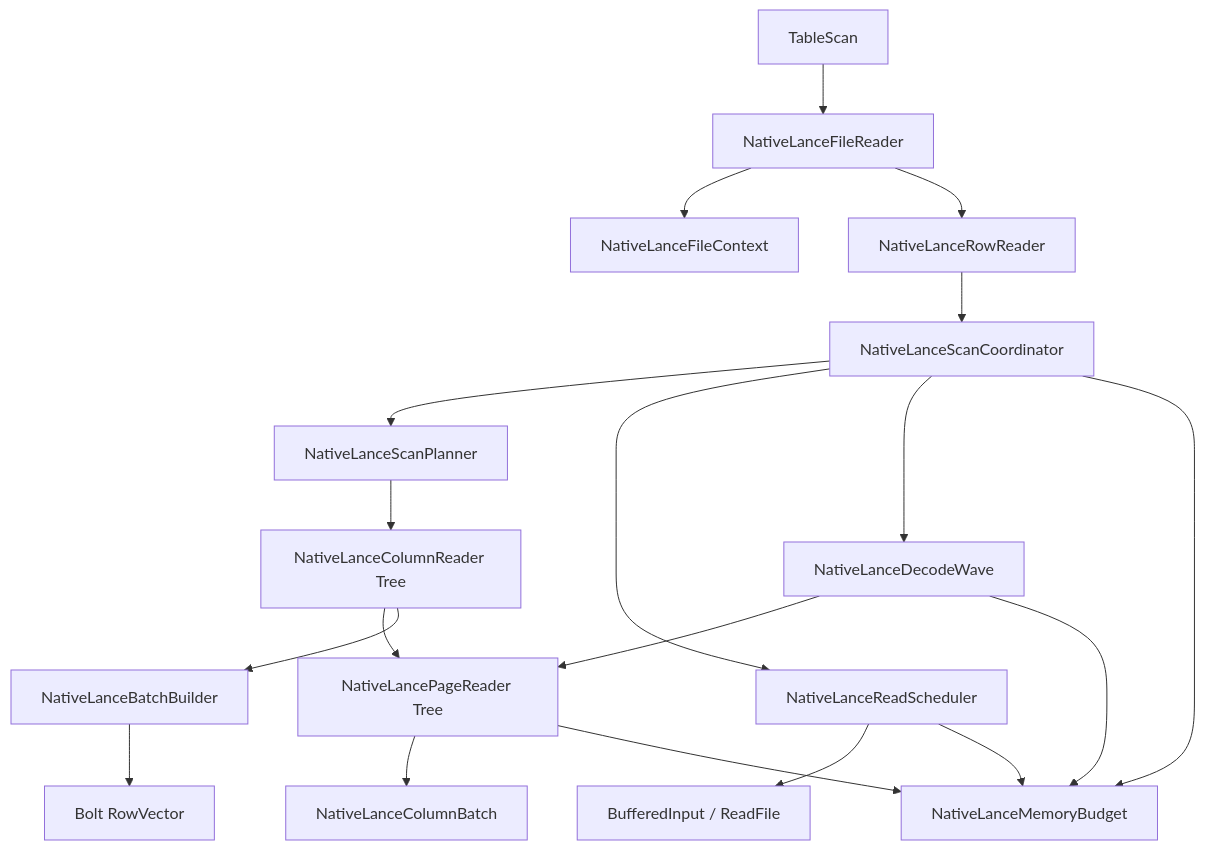
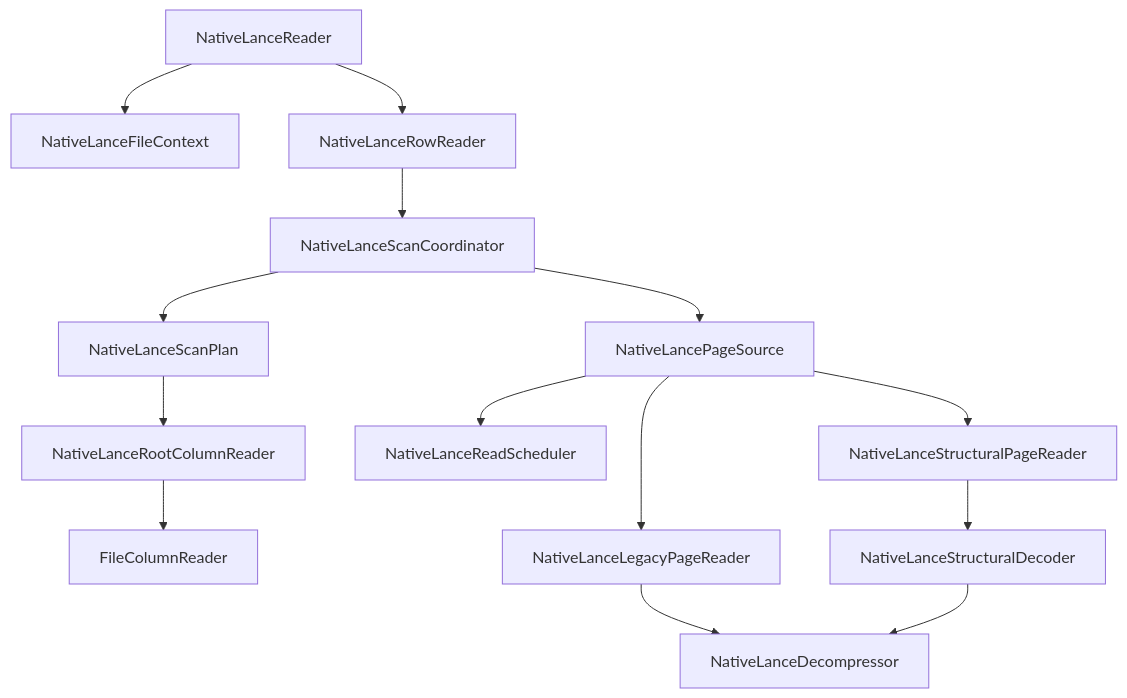
One commit to bytedance/bolt changed the first of 5 diagrams in bolt/dwio/lance/STATE_MACHINE_DESIGN.md. Above: the diagram before and after it, drawn with Mermaid. The commit also changed other lines of this file and 36 other files, not shown here.

First line of the commit message:
refactor(lance): unify reader state ownership

````diff
--- a/bolt/dwio/lance/STATE_MACHINE_DESIGN.md
+++ b/bolt/dwio/lance/STATE_MACHINE_DESIGN.md
@@ -130,21 +16,16 @@
 ```mermaid
-flowchart TD
-    TS[TableScan] --> FR[NativeLanceFileReader]
-    FR --> FC[NativeLanceFileContext]
-    FR --> RR[NativeLanceRowReader]
-    RR --> SC[NativeLanceScanCoordinator]
-    SC --> SP[NativeLanceScanPlanner]
-    SP --> CT[NativeLanceColumnReader Tree]
-    CT --> PR[NativeLancePageReader Tree]
-    SC --> IO[NativeLanceReadScheduler]
-    SC --> DW[NativeLanceDecodeWave]
-    IO --> BI[BufferedInput / ReadFile]
-    DW --> PR
-    PR --> CB[NativeLanceColumnBatch]
-    CT --> BB[NativeLanceBatchBuilder]
-    BB --> RV[Bolt RowVector]
-    SC --> MB[NativeLanceMemoryBudget]
-    IO --> MB
-    DW --> MB
-    PR --> MB
+graph TD
+  R[NativeLanceReader] --> FC[NativeLanceFileContext]
+  R --> RR[NativeLanceRowReader]
+  RR --> SC[NativeLanceScanCoordinator]
+  SC --> SP[NativeLanceScanPlan]
+  SC --> PS[NativeLancePageSource]
+  SP --> CR[NativeLanceRootColumnReader]
+  CR --> LCR[FileColumnReader]
+  PS --> RS[NativeLanceReadScheduler]
+  PS --> PR[NativeLanceStructuralPageReader]
+  PS --> LR[NativeLanceLegacyPageReader]
+  PR --> SD[NativeLanceStructuralDecoder]
+  LR --> DC[NativeLanceDecompressor]
+  SD --> DC
 ```
````
